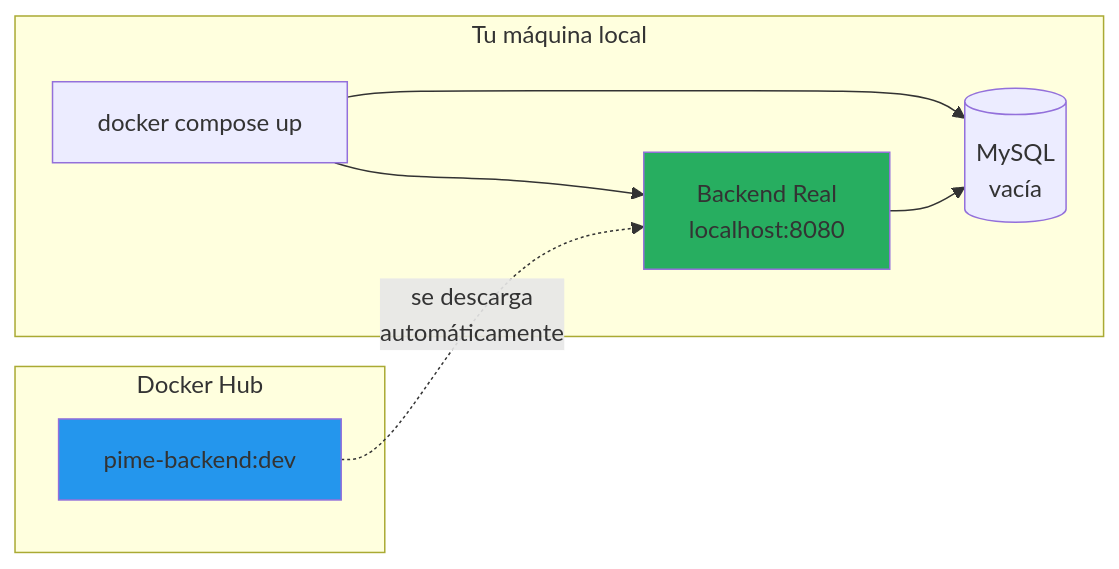
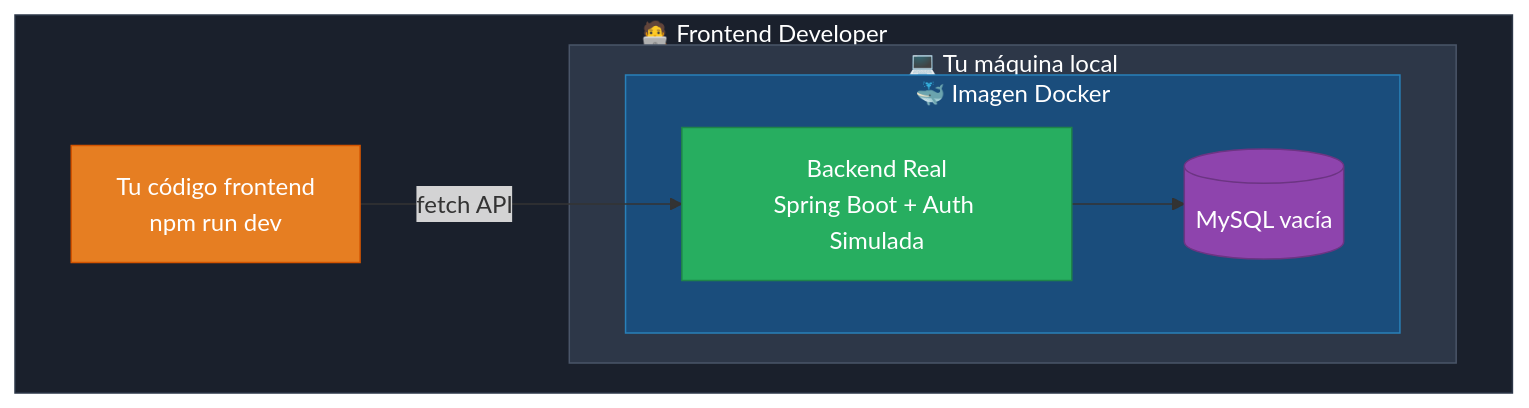
Before and after one commit to NicolasRobledo/proyect: the fifth of 7 diagrams in README.md, drawn with Mermaid. The commit also changed other lines of this file, not shown here.

Commit message:
docs: improve diagram showing Docker encapsulates backend for frontend dev
- Use nested subgraphs to show containment relationship
- Blue Docker container contains backend + DB
- Frontend code connects via fetch API
- Clearer visual hierarchy

🤖 Generated with [Claude Code](https://claude.com/claude-code)

````diff
--- a/README.md
+++ b/README.md
@@ -152,17 +148,21 @@
 ```mermaid
-graph LR
-    subgraph "Tu máquina local"
-        DC[docker compose up] --> B[Backend Real<br/>localhost:8080]
-        DC --> DB[(MySQL<br/>vacía)]
-        B --> DB
+graph TB
+    subgraph FD[" 🧑‍💻 Frontend Developer "]
+        subgraph LOCAL[" 💻 Tu máquina local "]
+            subgraph DOCKER[" 🐳 Imagen Docker "]
+                BE[Backend Real<br/>Spring Boot + Auth Simulada]
+                DB[(MySQL vacía)]
+                BE --> DB
+            end
+        end
+        CODE[Tu código frontend<br/>npm run dev]
+        CODE -->|fetch API| BE
     end
 
-    subgraph "Docker Hub"
-        IMG[pime-backend:dev]
-    end
-
-    IMG -.->|se descarga<br/>automáticamente| B
-
-    style IMG fill:#2496ed
-    style B fill:#27ae60
+    style DOCKER fill:#1a4d7c,stroke:#2980b9,color:#fff
+    style LOCAL fill:#2d3748,stroke:#4a5568,color:#fff
+    style FD fill:#1a202c,stroke:#2d3748,color:#fff
+    style BE fill:#27ae60,stroke:#1e8449,color:#fff
+    style DB fill:#8e44ad,stroke:#6c3483,color:#fff
+    style CODE fill:#e67e22,stroke:#d35400,color:#fff
 ```
````
